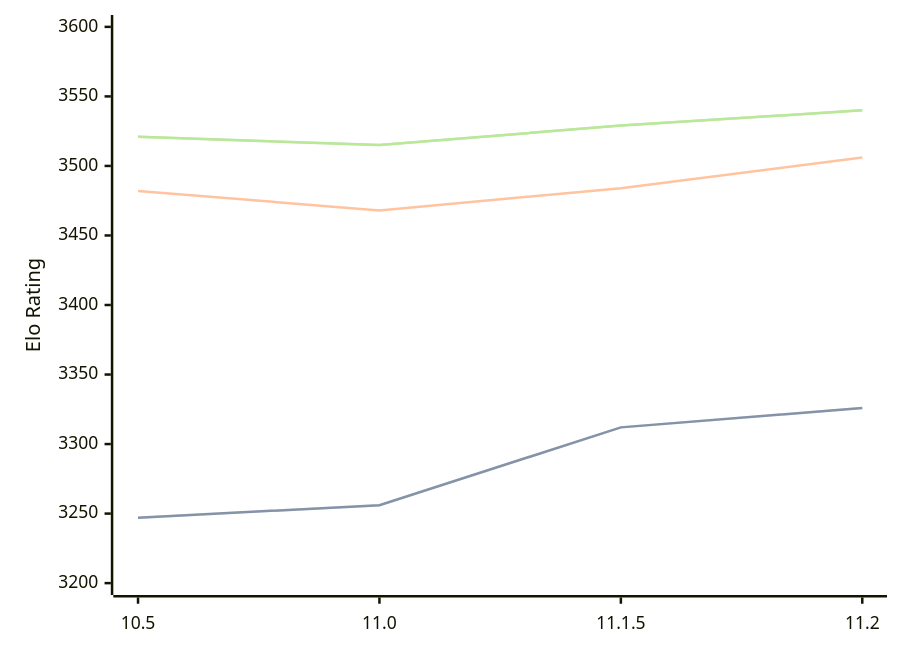
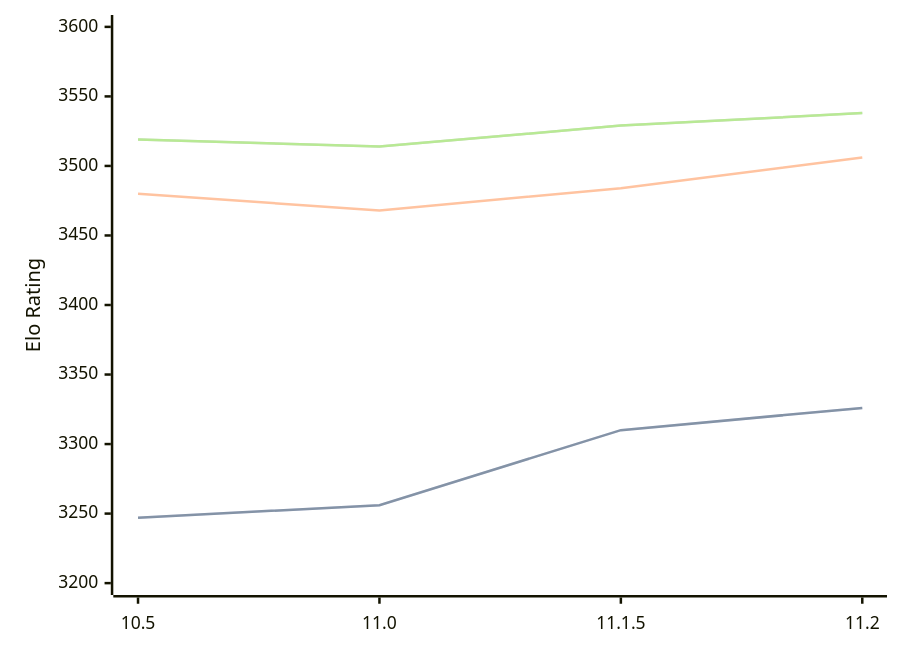
Before and after one commit to computer-chess-index/cci: the diagram in engines/Lizard.md, drawn with Mermaid. The commit also changed other lines of this file, not shown here.

Commit message:
Update CCI Ratings (ELO VLTC) - 2026-03-23

````diff
--- a/engines/Lizard.md
+++ b/engines/Lizard.md
@@ -46,11 +46,11 @@
 ```mermaid
 %%{init: {"theme":"base","themeVariables":{"seriesColors:['#a3a3a3','#222221','#faa371']}}}%%
 xychart-beta
   x-axis ["10.5", "11.0", "11.1.5", "11.2"]
   y-axis "Elo Rating" 3200 --> 3600
-  line "STC (8.0+0.08s)" [3247, 3256, 3312, 3326]
-  line "STC (8.0+0.08s)" [3247, 3256, 3312, 3326]
-  line "LTC (60.0+0.60s)" [3482, 3468, 3484, 3506]
-  line "VLTC (2m24s+1.12s)" [3521, 3515, 3529, 3540]
-  line "VLTC (2m24s+1.12s)" [3521, 3515, 3529, 3540]
+  line "STC (8.0+0.08s)" [3247, 3256, 3310, 3326]
+  line "STC (8.0+0.08s)" [3247, 3256, 3310, 3326]
+  line "LTC (60.0+0.60s)" [3480, 3468, 3484, 3506]
+  line "VLTC (2m24s+1.12s)" [3519, 3514, 3529, 3538]
+  line "VLTC (2m24s+1.12s)" [3519, 3514, 3529, 3538]
 ```
````
